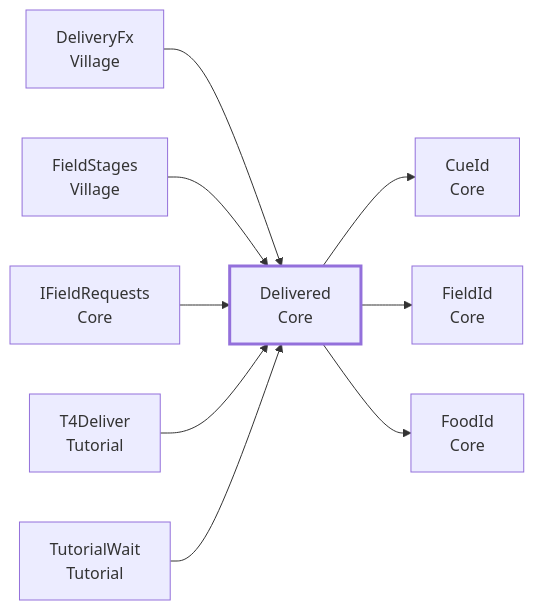
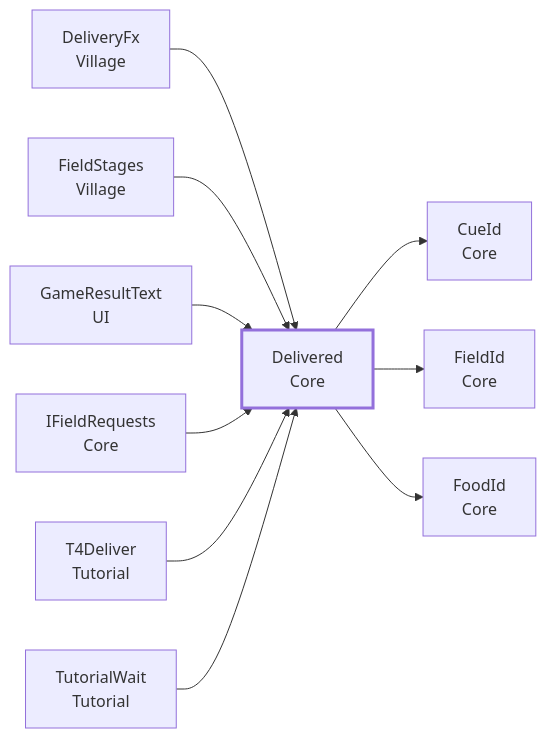
One commit to Fialuxe/MouthOfGod_System changed the fourth of 23 diagrams in docs/api/Core.md. Above: the diagram before and after it, drawn with Mermaid. The commit also changed other lines of this file and 7 other files, not shown here.

First line of the commit message:
時間切れのあとに届けた数を正面に出す GameResultText を足す（#355）

````diff
--- a/docs/api/Core.md
+++ b/docs/api/Core.md
@@ -218,13 +218,14 @@
 ```mermaid
 flowchart LR
   C_Delivered["Delivered<br/>Core"]:::me
   U_DeliveryFx["DeliveryFx<br/>Village"] --> C_Delivered
   U_FieldStages["FieldStages<br/>Village"] --> C_Delivered
+  U_GameResultText["GameResultText<br/>UI"] --> C_Delivered
   U_IFieldRequests["IFieldRequests<br/>Core"] --> C_Delivered
   U_T4Deliver["T4Deliver<br/>Tutorial"] --> C_Delivered
   U_TutorialWait["TutorialWait<br/>Tutorial"] --> C_Delivered
   C_Delivered --> D_CueId["CueId<br/>Core"]
   C_Delivered --> D_FieldId["FieldId<br/>Core"]
   C_Delivered --> D_FoodId["FoodId<br/>Core"]
   classDef me stroke-width:3px
 ```
````
